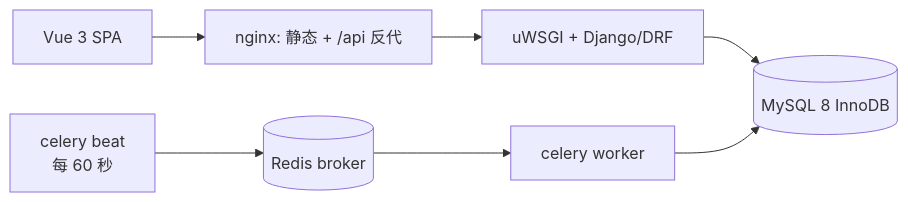
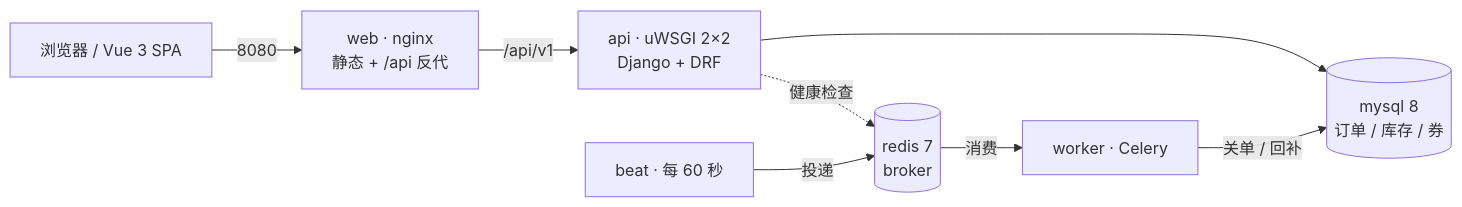
The first of 4 diagrams in README.md (ColdZeda/commerce-core), drawn with Mermaid before and after one commit. The commit also changed other lines of this file and 3 other files, not shown here.

First line of the commit message:
docs: README 换掉口语化标题，补界面截图与 mermaid 链路图

````diff
--- a/README.md
+++ b/README.md
@@ -41,9 +59,10 @@
 ```mermaid
 flowchart LR
-  B[Vue 3 SPA] --> N[nginx: 静态 + /api 反代]
-  N --> U[uWSGI + Django/DRF]
-  U --> M[(MySQL 8 InnoDB)]
-  CB[celery beat<br/>每 60 秒] --> R[(Redis broker)]
-  R --> W[celery worker]
-  W --> M
+  U["浏览器 / Vue 3 SPA"] -->|8080| N["web · nginx<br/>静态 + /api 反代"]
+  N -->|/api/v1| A["api · uWSGI 2×2<br/>Django + DRF"]
+  A --> MY[("mysql 8<br/>订单 / 库存 / 券")]
+  A -.->|健康检查| RD[("redis 7<br/>broker")]
+  BT["beat · 每 60 秒"] -->|投递| RD
+  RD -->|消费| W["worker · Celery"]
+  W -->|关单 / 回补| MY
 ```
````
